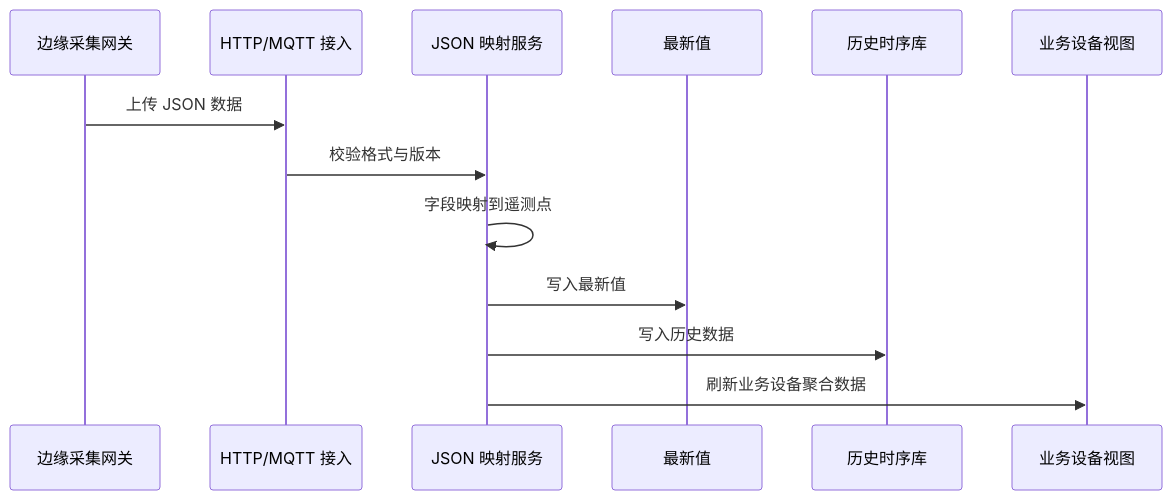
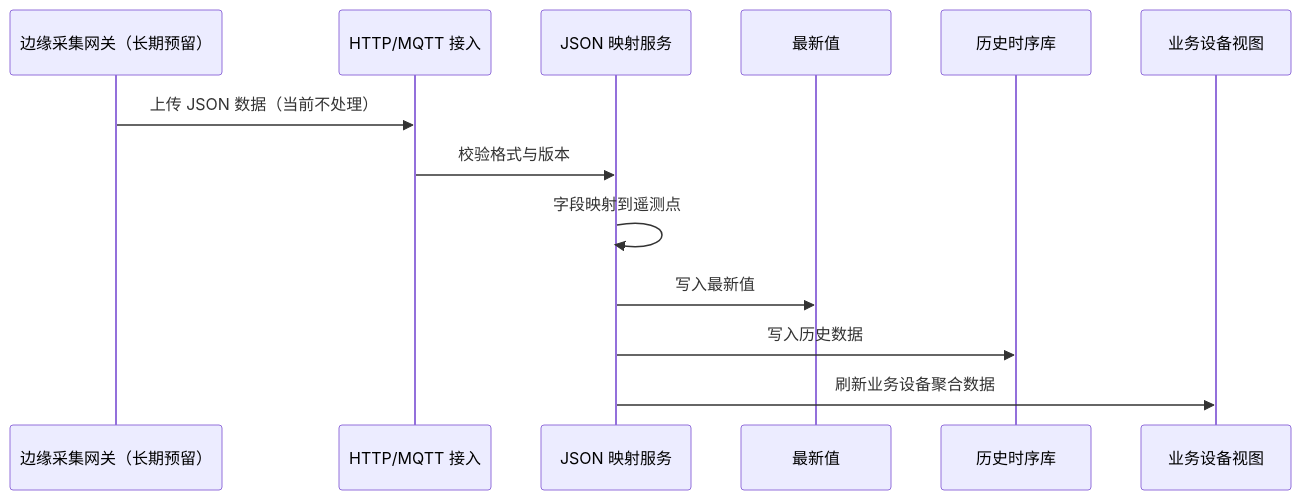
One commit to yj21world/IoTSharp changed the fourth of 4 diagrams in docs/ways-of-work/plan/hvac-cloud-platform/arch.md. Above: the diagram before and after it, drawn with Mermaid. The commit also changed other lines of this file and 16 other files, not shown here.

````diff
--- a/docs/ways-of-work/plan/hvac-cloud-platform/arch.md
+++ b/docs/ways-of-work/plan/hvac-cloud-platform/arch.md
@@ -183,16 +183,16 @@
 ```mermaid
 sequenceDiagram
-    participant Gateway as 边缘采集网关
+    participant Gateway as 边缘采集网关（长期预留）
     participant API as HTTP/MQTT 接入
     participant Mapper as JSON 映射服务
     participant Latest as 最新值
     participant History as 历史时序库
     participant Equipment as 业务设备视图
 
-    Gateway->>API: 上传 JSON 数据
+    Gateway->>API: 上传 JSON 数据（当前不处理）
     API->>Mapper: 校验格式与版本
     Mapper->>Mapper: 字段映射到遥测点
     Mapper->>Latest: 写入最新值
     Mapper->>History: 写入历史数据
     Mapper->>Equipment: 刷新业务设备聚合数据
 ```
````
